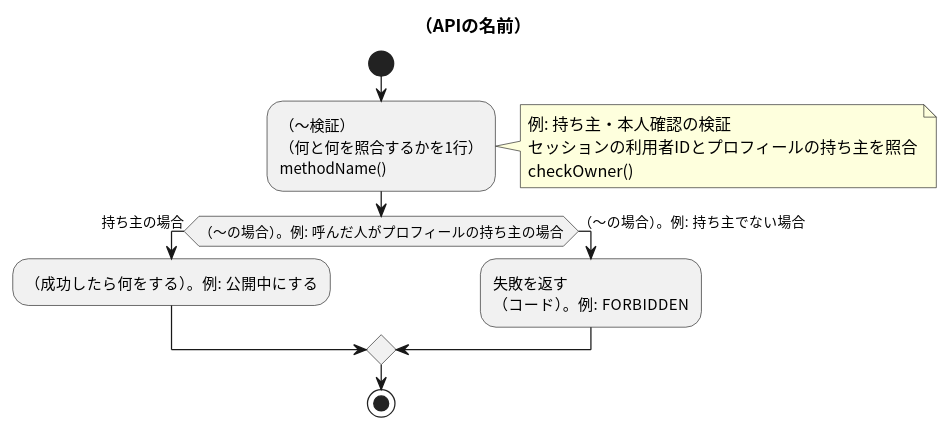
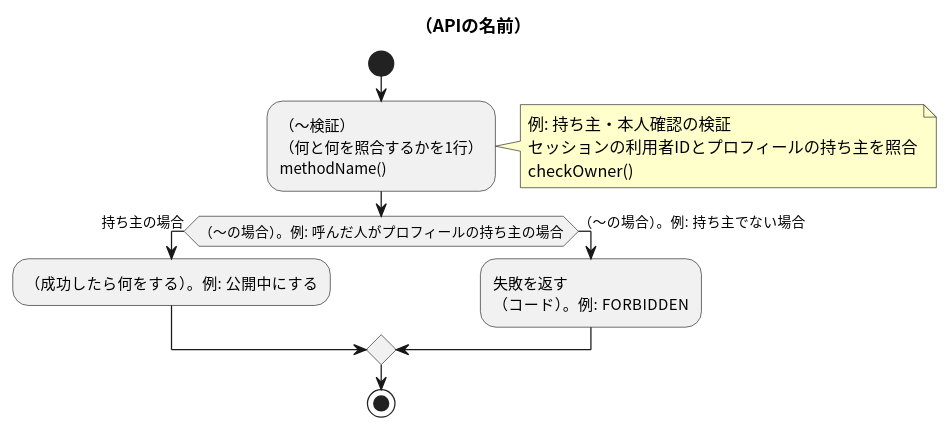
Before and after one commit to masamasamasato/design-doc-template: the diagram in apis/_template/flow.puml, drawn with PlantUML. The commit also changed 101 other files, not shown here.

```diff
--- a/apis/_template/flow.puml
+++ b/apis/_template/flow.puml
@@ -3,17 +3,18 @@
 @startuml
 skinparam shadowing false
+skinparam NoteBackgroundColor #FFFFCC
 skinparam defaultFontName "Noto Sans CJK JP"
 
 title （APIの名前）
 
 start
 :（〜検証）\n（何と何を照合するかを1行）\nmethodName();
 note right: 例: 持ち主・本人確認の検証\nセッションの利用者IDとプロフィールの持ち主を照合\ncheckOwner()
 if (（〜の場合）。例: 呼んだ人がプロフィールの持ち主の場合) then (持ち主の場合)
   :（成功したら何をする）。例: 公開中にする;
 else (（〜の場合）。例: 持ち主でない場合)
   :失敗を返す\n（コード）。例: FORBIDDEN;
 endif
 stop
 
 @enduml
```
